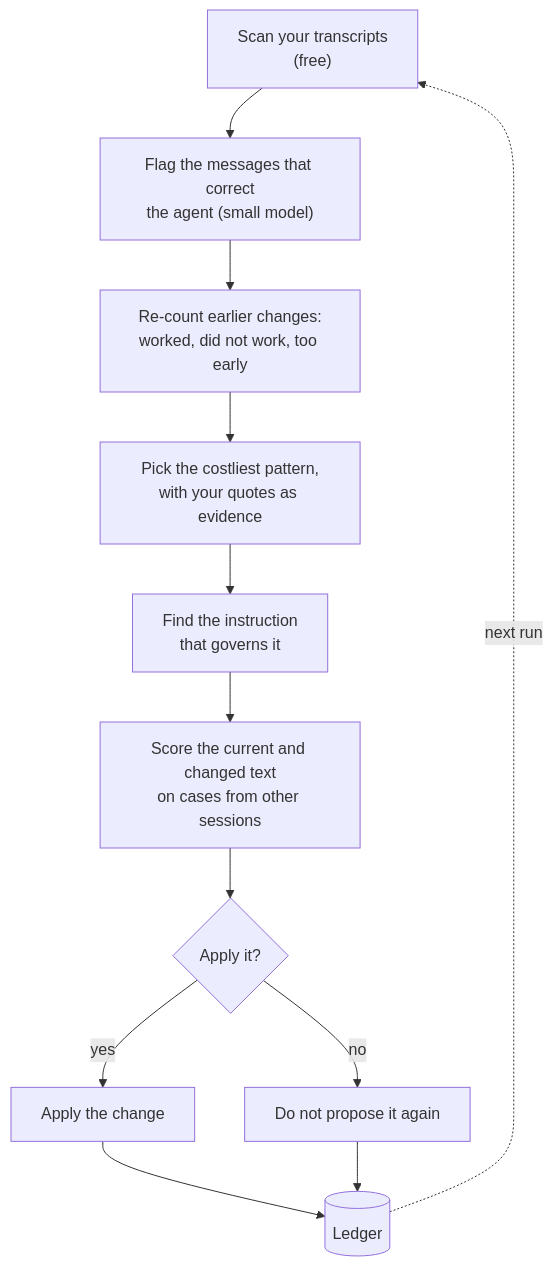
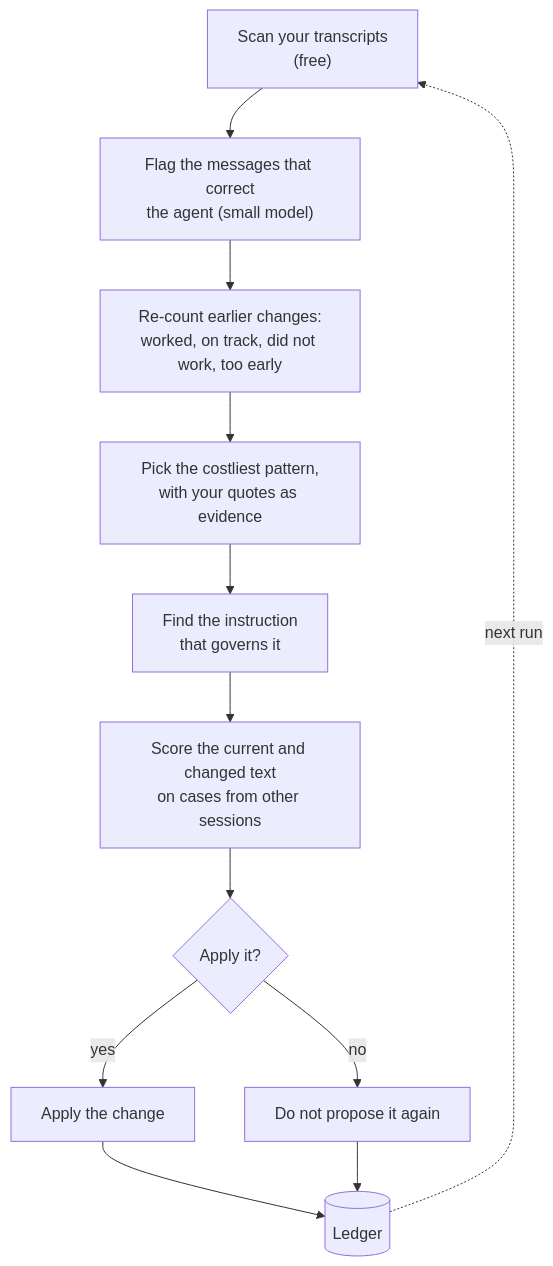
Before and after one commit to msantana09/agent-harness: the diagram in docs/self-optimize.md, drawn with Mermaid. The commit also changed 2 other files, not shown here.

Commit message:
fix(self-optimize): confirm a drop before calling it worked, and record reworks once
One borderline correction could flip a final verdict, and a rework had no ledger form.

````diff
--- a/docs/self-optimize.md
+++ b/docs/self-optimize.md
@@ -14,19 +14,19 @@
 ```mermaid
 flowchart TD
     scan["Scan your transcripts<br/>(free)"]
     flag["Flag the messages that correct<br/>the agent (small model)"]
-    recount["Re-count earlier changes:<br/>worked, did not work, too early"]
+    recount["Re-count earlier changes:<br/>worked, on track, did not work, too early"]
     pick["Pick the costliest pattern,<br/>with your quotes as evidence"]
     diagnose["Find the instruction<br/>that governs it"]
     test["Score the current and changed text<br/>on cases from other sessions"]
     ask{"Apply it?"}
     apply["Apply the change"]
     skip["Do not propose it again"]
     ledger[("Ledger")]
     scan --> flag --> recount --> pick --> diagnose --> test --> ask
     ask -- yes --> apply
     ask -- no --> skip
     apply --> ledger
     skip --> ledger
     ledger -. next run .-> scan
 ```
````
